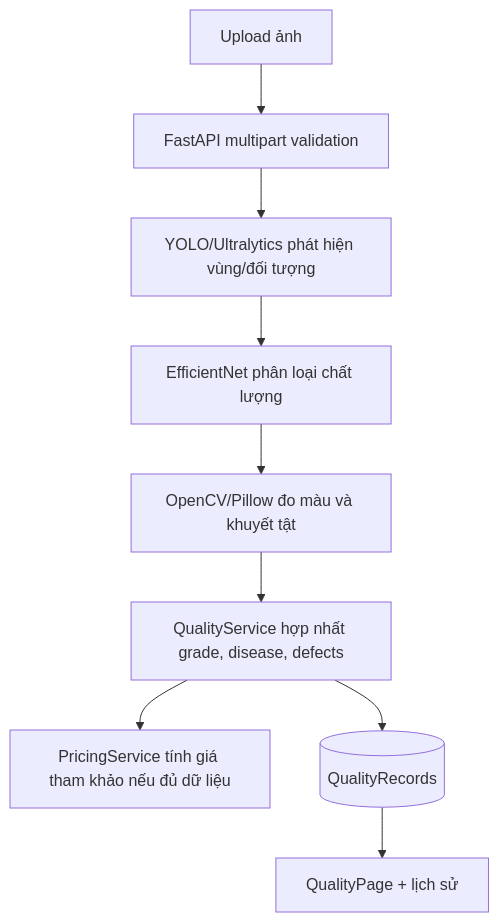
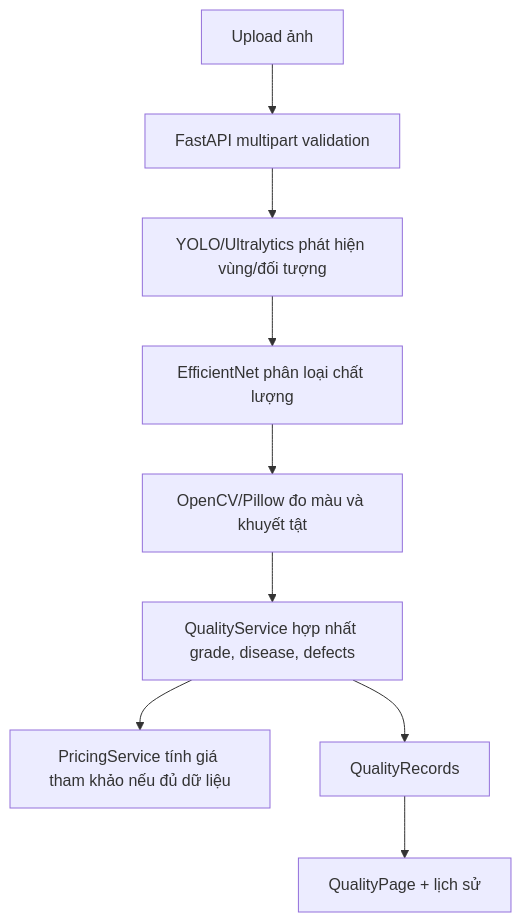
The sixth of 9 diagrams in README.md (QuangTapcode/AI-Agriculture), drawn with Mermaid before and after one commit. The commit also changed other lines of this file, not shown here.

Commit message:
fix(docs): make README diagrams GitHub-compatible

```diff
--- a/README.md
+++ b/README.md
@@ -143,11 +143,11 @@
 ~~~mermaid
 flowchart TD
-    Upload[Upload ảnh] --> Validate[FastAPI multipart validation]
-    Validate --> Detect[YOLO/Ultralytics phát hiện vùng/đối tượng]
-    Detect --> Classify[EfficientNet phân loại chất lượng]
-    Classify --> Vision[OpenCV/Pillow đo màu và khuyết tật]
-    Vision --> Grade[QualityService hợp nhất grade, disease, defects]
-    Grade --> Price[PricingService tính giá tham khảo nếu đủ dữ liệu]
-    Grade --> Save[(QualityRecords)]
-    Save --> UI[QualityPage + lịch sử]
+    Upload["Upload ảnh"] --> Validate["FastAPI multipart validation"]
+    Validate --> Detect["YOLO/Ultralytics phát hiện vùng/đối tượng"]
+    Detect --> Classify["EfficientNet phân loại chất lượng"]
+    Classify --> Vision["OpenCV/Pillow đo màu và khuyết tật"]
+    Vision --> Grade["QualityService hợp nhất grade, disease, defects"]
+    Grade --> Price["PricingService tính giá tham khảo nếu đủ dữ liệu"]
+    Grade --> Save["QualityRecords"]
+    Save --> UI["QualityPage + lịch sử"]
 ~~~
```
